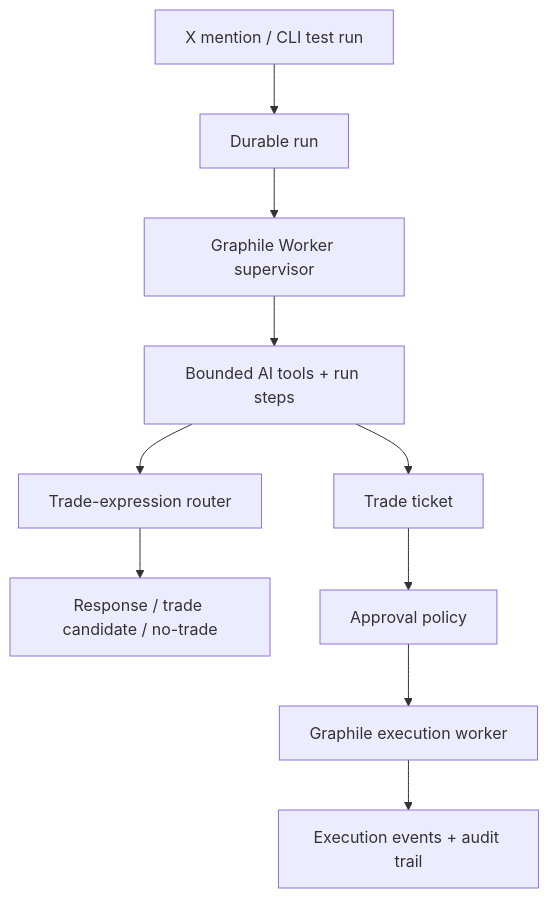
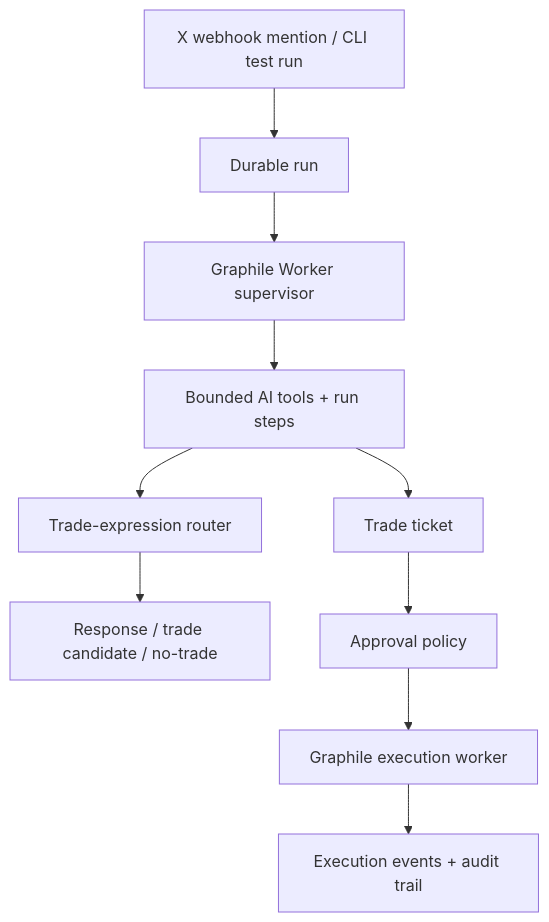
One commit to CyberVerse2/cassie changed the diagram in README.md. Above: the diagram before and after it, drawn with Mermaid. The commit also changed other lines of this file and 12 other files, not shown here.

````diff
--- a/README.md
+++ b/README.md
@@ -9,12 +9,12 @@
 ```mermaid
 flowchart TD
-  User["X mention / CLI test run"] --> Intake["Durable run"]
+  User["X webhook mention / CLI test run"] --> Intake["Durable run"]
   Intake --> Supervisor["Graphile Worker supervisor"]
   Supervisor --> Tools["Bounded AI tools + run steps"]
   Tools --> Router["Trade-expression router"]
   Tools --> Ticket["Trade ticket"]
   Router --> Response["Response / trade candidate / no-trade"]
   Ticket --> Approval["Approval policy"]
   Approval --> Execution["Graphile execution worker"]
   Execution --> Audit["Execution events + audit trail"]
 ```
````
